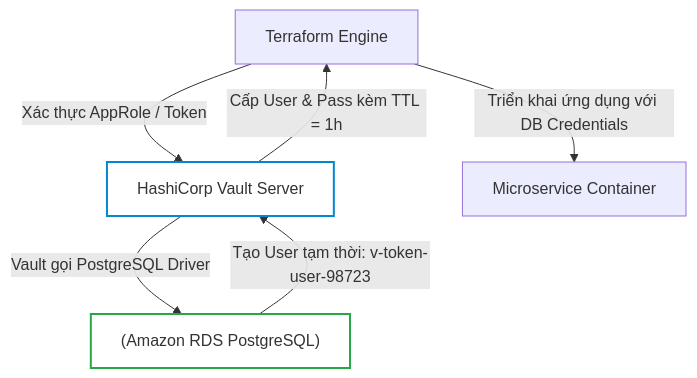
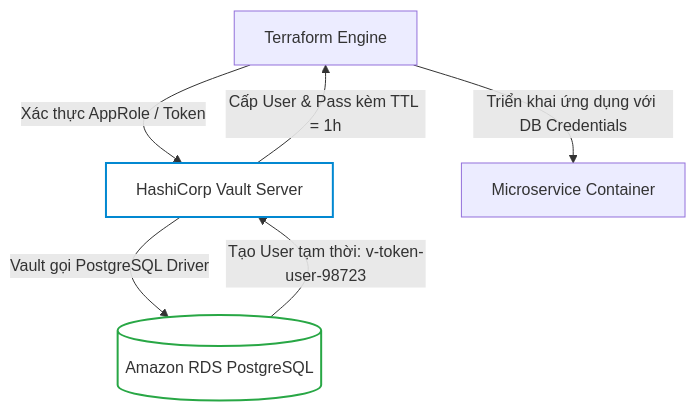
Before and after one commit to kiennt308/ntk: the fourth of 7 diagrams in _posts/2026-09-13-terraform-20-20-quan-ly-secrets-va-du-lieu-sensitive-trong-terraform.md, drawn with Mermaid. The commit also changed other lines of this file and 25 other files, not shown here.

````diff
--- a/_posts/2026-09-13-terraform-20-20-quan-ly-secrets-va-du-lieu-sensitive-trong-terraform.md
+++ b/_posts/2026-09-13-terraform-20-20-quan-ly-secrets-va-du-lieu-sensitive-trong-terraform.md
@@ -211,13 +211,13 @@
 ```mermaid
 flowchart TD
     TF["Terraform Engine"] -->|"Xác thực AppRole / Token"| VAULT["HashiCorp Vault Server"]
-    VAULT -->|"Vault gọi PostgreSQL Driver"| DB["(Amazon RDS PostgreSQL)"]
+    VAULT -->|"Vault gọi PostgreSQL Driver"| DB[("Amazon RDS PostgreSQL")]
     DB -->|"Tạo User tạm thời: v-token-user-98723"| VAULT
     VAULT -->|"Cấp User & Pass kèm TTL = 1h"| TF
     TF -->|"Triển khai ứng dụng với DB Credentials"| APP["Microservice Container"]
     
     style VAULT fill:none,stroke:#0288d1,stroke-width:2px
     style DB fill:none,stroke:#28a745,stroke-width:2px
 
 
 ```
````
